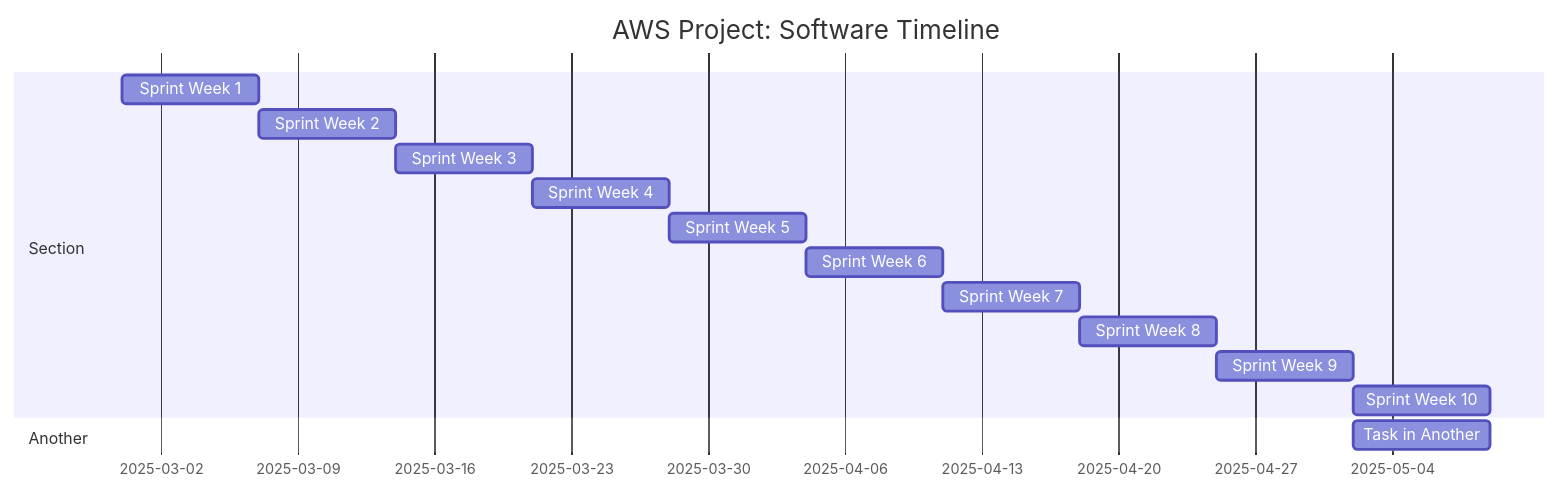
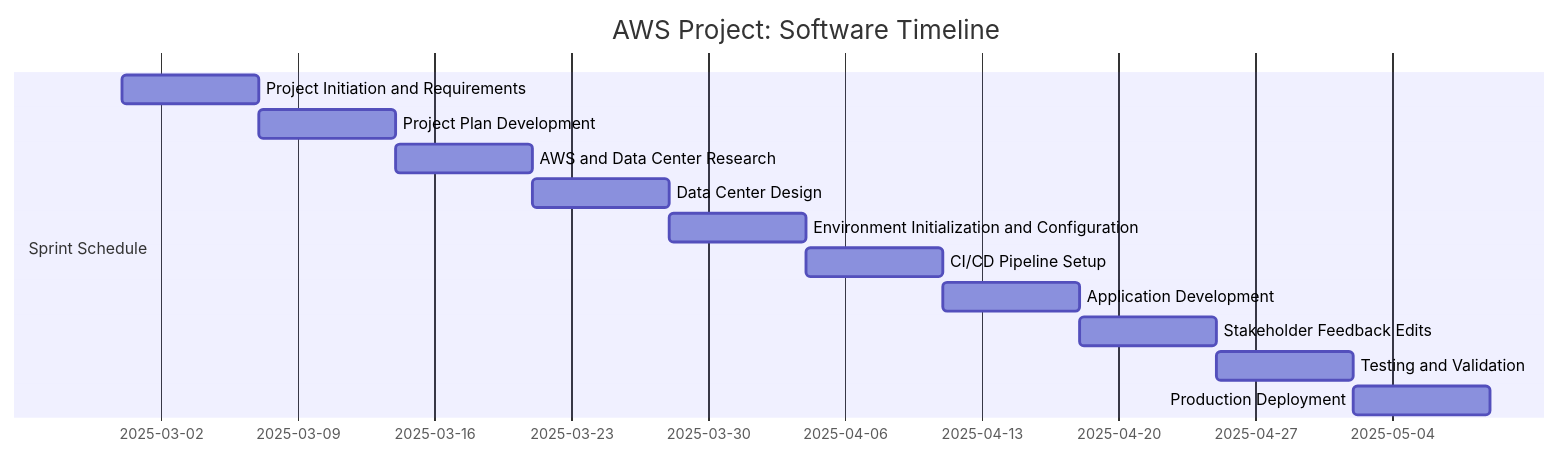
One commit to sharma-pari/AWSTeam7 changed the diagram in Timeline.md. Above: the diagram before and after it, drawn with Mermaid. The commit also changed other lines of this file, not shown here.

Commit message:
Added sprint descriptions to Timeline.md

````diff
--- a/Timeline.md
+++ b/Timeline.md
@@ -9,18 +8,17 @@
 ```mermaid
 gantt
     title AWS Project: Software Timeline
     dateFormat YYYY-MM-DD
-    section Section
-        Sprint Week 1        :a1, 2025-02-28, 7d
-        Sprint Week 2        :after a1, 7d
-        Sprint Week 3        :2025-03-14, 7d
-        Sprint Week 4        :2025-03-21, 7d
-        Sprint Week 5        :2025-03-28, 7d
-        Sprint Week 6        :2025-04-04, 7d
-        Sprint Week 7        :2025-04-11, 7d
-        Sprint Week 8        :2025-04-18, 7d
-        Sprint Week 9        :2025-04-25, 7d
-        Sprint Week 10       :2025-05-02, 7d
-    section Another
-        Task in Another    :2025-05-02, 7d
+    section Sprint Schedule 
+        Project Initiation and Requirements        :a1, 2025-02-28, 7d 
+        Project Plan Development      :after a1, 7d
+        AWS and Data Center Research      :2025-03-14, 7d
+        Data Center Design        :2025-03-21, 7d
+        Environment Initialization and Configuration        :2025-03-28, 7d
+        CI/CD Pipeline Setup        :2025-04-04, 7d
+        Application Development        :2025-04-11, 7d
+        Stakeholder Feedback Edits        :2025-04-18, 7d
+        Testing and Validation        :2025-04-25, 7d
+        Production Deployment       :2025-05-02, 7d
+    
 ```
````
